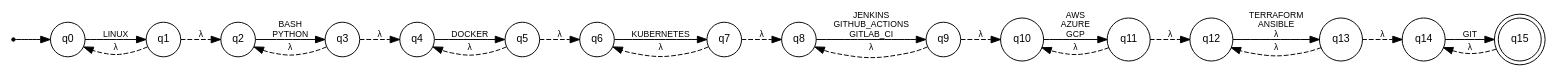
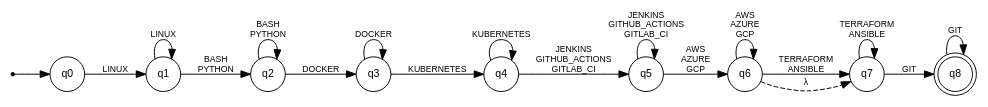
The diagram in docs/diagrams/DEVOPS_ENGINEER_ENFA.dot (MariaEnriquez07/resumeLens), drawn with Graphviz before and after one commit. The commit also changed 5 other files, not shown here.

Commit message:
update diagrams

```diff
--- a/docs/diagrams/DEVOPS_ENGINEER_ENFA.dot
+++ b/docs/diagrams/DEVOPS_ENGINEER_ENFA.dot
@@ -1,38 +1,37 @@
 digraph "DEVOPS_ENGINEER_ENFA" {
   rankdir=LR;
   node [shape=circle fontname="Helvetica" fontsize=11];
   edge [fontname="Helvetica" fontsize=9];
   start [shape=point];
   start -> q0;
-  q15 [shape=doublecircle];
+  q8 [shape=doublecircle];
   q0 -> q1 [label="LINUX"];
-  q1 -> q0 [label="λ" style=dashed];
-  q1 -> q2 [label="λ" style=dashed];
-  q2 -> q3 [label="BASH
+  q1 -> q1 [label="LINUX"];
+  q1 -> q2 [label="BASH
 PYTHON"];
-  q3 -> q2 [label="λ" style=dashed];
-  q3 -> q4 [label="λ" style=dashed];
-  q4 -> q5 [label="DOCKER"];
-  q5 -> q4 [label="λ" style=dashed];
-  q5 -> q6 [label="λ" style=dashed];
-  q6 -> q7 [label="KUBERNETES"];
-  q7 -> q6 [label="λ" style=dashed];
-  q7 -> q8 [label="λ" style=dashed];
-  q8 -> q9 [label="JENKINS
+  q2 -> q2 [label="BASH
+PYTHON"];
+  q2 -> q3 [label="DOCKER"];
+  q3 -> q3 [label="DOCKER"];
+  q3 -> q4 [label="KUBERNETES"];
+  q4 -> q4 [label="KUBERNETES"];
+  q4 -> q5 [label="JENKINS
 GITHUB_ACTIONS
 GITLAB_CI"];
-  q9 -> q8 [label="λ" style=dashed];
-  q9 -> q10 [label="λ" style=dashed];
-  q10 -> q11 [label="AWS
+  q5 -> q5 [label="JENKINS
+GITHUB_ACTIONS
+GITLAB_CI"];
+  q5 -> q6 [label="AWS
 AZURE
 GCP"];
-  q11 -> q10 [label="λ" style=dashed];
-  q11 -> q12 [label="λ" style=dashed];
-  q12 -> q13 [label="TERRAFORM
-ANSIBLE
-λ"];
-  q13 -> q12 [label="λ" style=dashed];
-  q13 -> q14 [label="λ" style=dashed];
-  q14 -> q15 [label="GIT"];
-  q15 -> q14 [label="λ" style=dashed];
+  q6 -> q6 [label="AWS
+AZURE
+GCP"];
+  q6 -> q7 [label="TERRAFORM
+ANSIBLE"];
+  q7 -> q7 [label="TERRAFORM
+ANSIBLE"];
+  q6 -> q7 [label="λ" style=dashed];
+  q7 -> q8 [label="GIT"];
+  q8 -> q8 [label="GIT"];
 }
```
